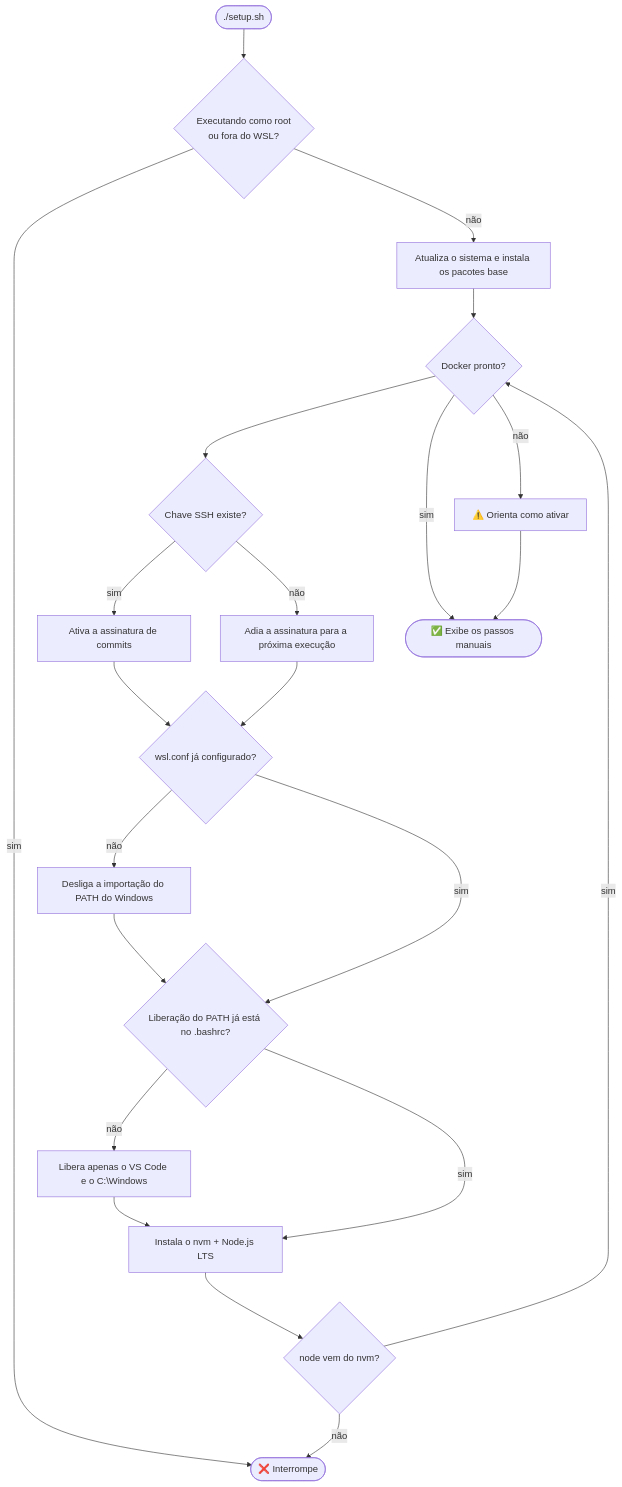
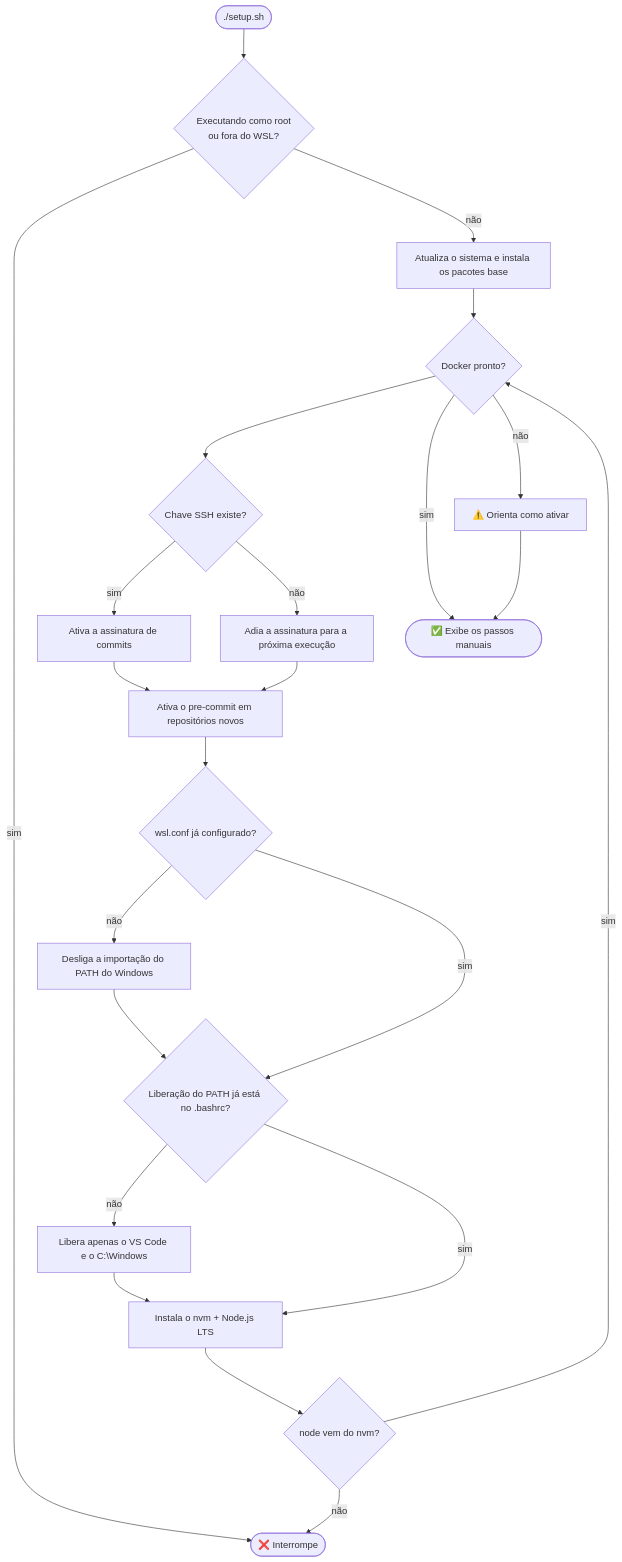
One commit to ADSLustosa/secure-wsl-devkit changed the diagram in README.pt-BR.md. Above: the diagram before and after it, drawn with Mermaid. The commit also changed other lines of this file and 14 other files, not shown here.

Commit message:
docs: documenta a varredura de segredos e avança o roadmap

````diff
--- a/README.pt-BR.md
+++ b/README.pt-BR.md
@@ -84,23 +85,24 @@
 ```mermaid
 flowchart TD
     A([./setup.sh]) --> B{Executando como root<br/>ou fora do WSL?}
     B -- sim --> X([❌ Interrompe])
     B -- não --> C[Atualiza o sistema e instala os pacotes base]
     C --> D[Configura o Git]
     D --> E{Chave SSH existe?}
     E -- sim --> F[Ativa a assinatura de commits]
     E -- não --> G[Adia a assinatura para a próxima execução]
-    F --> H{wsl.conf já configurado?}
-    G --> H
+    F --> P[Ativa o pre-commit em repositórios novos]
+    G --> P
+    P --> H{wsl.conf já configurado?}
     H -- não --> I[Desliga a importação do PATH do Windows]
     H -- sim --> J
     I --> J{Liberação do PATH já está no .bashrc?}
     J -- não --> K[Libera apenas o VS Code e o C:\Windows]
     J -- sim --> L
     K --> L[Instala o nvm + Node.js LTS]
     L --> M{node vem do nvm?}
     M -- não --> X
     M -- sim --> D{Docker pronto?}
     D -- sim --> N([✅ Exibe os passos manuais])
     D -- não --> W[⚠️ Orienta como ativar] --> N
 ```
````
